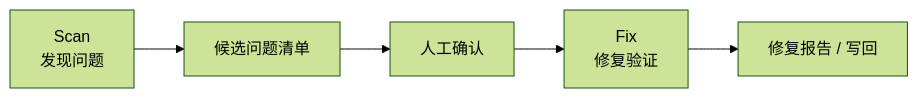
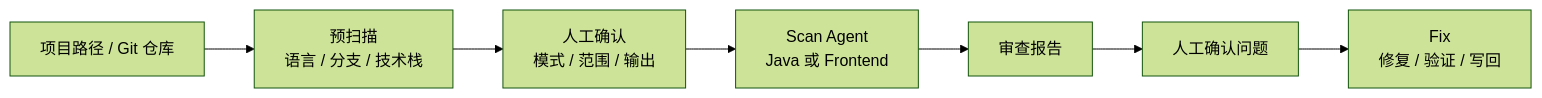
One commit to ataskite/cc-code-reviewer changed the diagram in README.md. Above: the diagram before and after it, drawn with Mermaid (forest theme). The commit also changed other lines of this file and 19 other files, not shown here.

````diff
--- a/README.md
+++ b/README.md
@@ -7,7 +7,9 @@
 ```mermaid
 flowchart LR
-    Scan["Scan<br/>发现问题"] --> Report["候选问题清单"]
-    Report --> Gate["人工确认"]
-    Gate --> Fix["Fix<br/>修复验证"]
-    Fix --> Output["修复报告 / 写回"]
+    Input["项目路径 / Git 仓库"] --> Prescan["预扫描<br/>语言 / 分支 / 技术栈"]
+    Prescan --> Gate["人工确认<br/>模式 / 范围 / 输出"]
+    Gate --> Scan["Scan Agent<br/>Java 或 Frontend"]
+    Scan --> Report["审查报告"]
+    Report --> Confirm["人工确认问题"]
+    Confirm --> Fix["Fix<br/>修复 / 验证 / 写回"]
 ```
````
